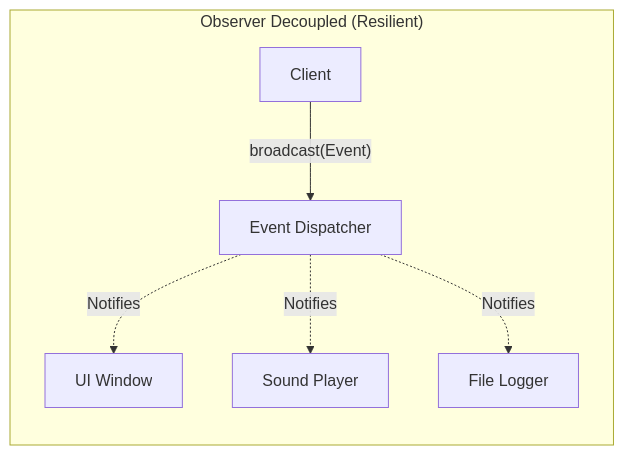
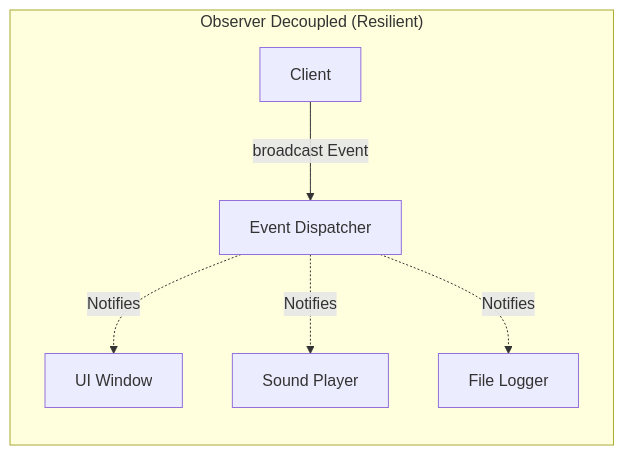
The fifth of 10 diagrams in architecture/notes/event_driven_telemetry_and_state_fundamentals.md (mnaatjes/ed-fleet-client), drawn with Mermaid before and after one commit. The commit also changed other lines of this file, not shown here.

Commit message:
docs(architecture): sanitize mermaid diagram syntax in fundamentals guide

````diff
--- a/architecture/notes/event_driven_telemetry_and_state_fundamentals.md
+++ b/architecture/notes/event_driven_telemetry_and_state_fundamentals.md
@@ -176,9 +176,9 @@
 ```mermaid
 flowchart LR
     subgraph Decoupled ["Observer Decoupled (Resilient)"]
-        ClientB["Client"] -->|"broadcast(Event)"| Dispatcher["Event Dispatcher"]
-        Dispatcher -.->|"Notifies"| UI2["UI Window"]
-        Dispatcher -.->|"Notifies"| Audio2["Sound Player"]
-        Dispatcher -.->|"Notifies"| Logger2["File Logger"]
+        ClientB["Client"] -->|broadcast Event| Dispatcher["Event Dispatcher"]
+        Dispatcher -.->|Notifies| UI2["UI Window"]
+        Dispatcher -.->|Notifies| Audio2["Sound Player"]
+        Dispatcher -.->|Notifies| Logger2["File Logger"]
     end
 ```
````
